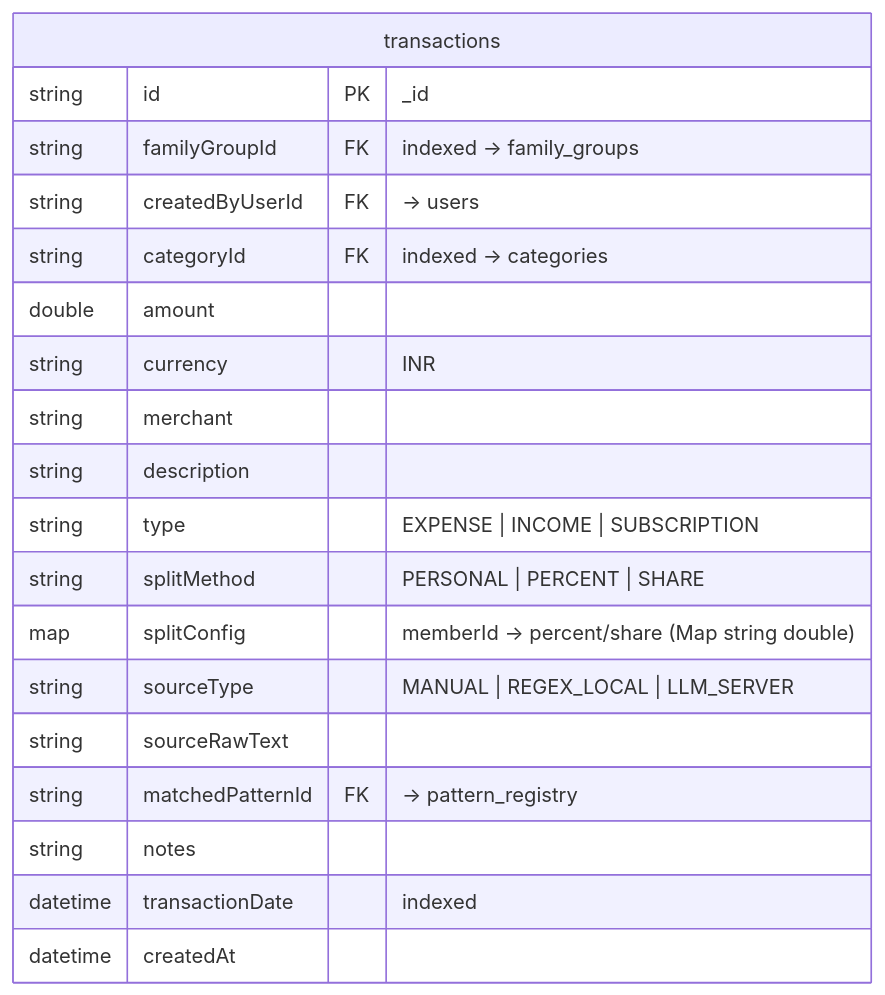
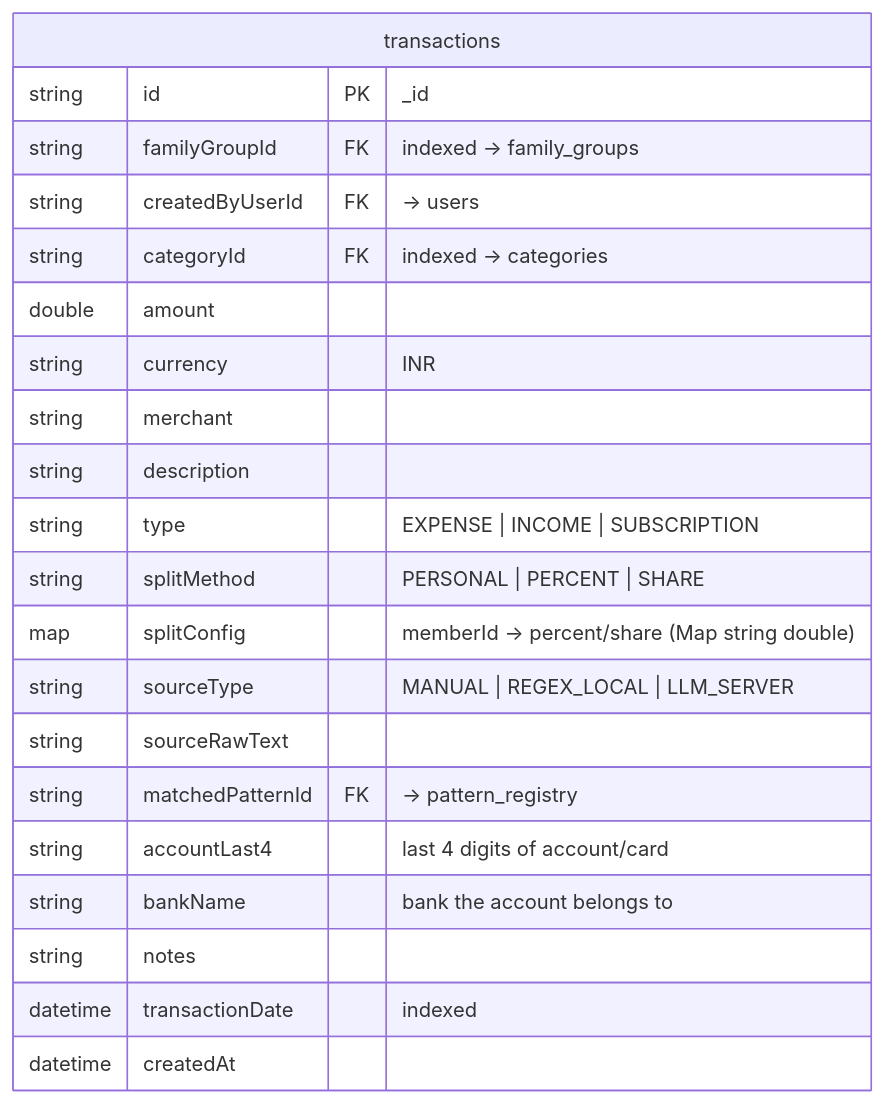
The sixth of 10 diagrams in ERD.md (jayy2kok/budgetly), drawn with Mermaid before and after one commit. The commit also changed other lines of this file and 3 other files, not shown here.

First line of the commit message:
docs: sync pattern registry scope, precedence, and builder flow

````diff
--- a/ERD.md
+++ b/ERD.md
@@ -109,22 +109,24 @@
 ```mermaid
 erDiagram
     transactions {
         string id PK "_id"
         string familyGroupId FK "indexed → family_groups"
         string createdByUserId FK "→ users"
         string categoryId FK "indexed → categories"
         double amount
         string currency "INR"
         string merchant
         string description
         string type "EXPENSE | INCOME | SUBSCRIPTION"
         string splitMethod "PERSONAL | PERCENT | SHARE"
         map splitConfig "memberId → percent/share (Map string double)"
         string sourceType "MANUAL | REGEX_LOCAL | LLM_SERVER"
         string sourceRawText
         string matchedPatternId FK "→ pattern_registry"
+        string accountLast4 "last 4 digits of account/card"
+        string bankName "bank the account belongs to"
         string notes
         datetime transactionDate "indexed"
         datetime createdAt
     }
 ```
````
